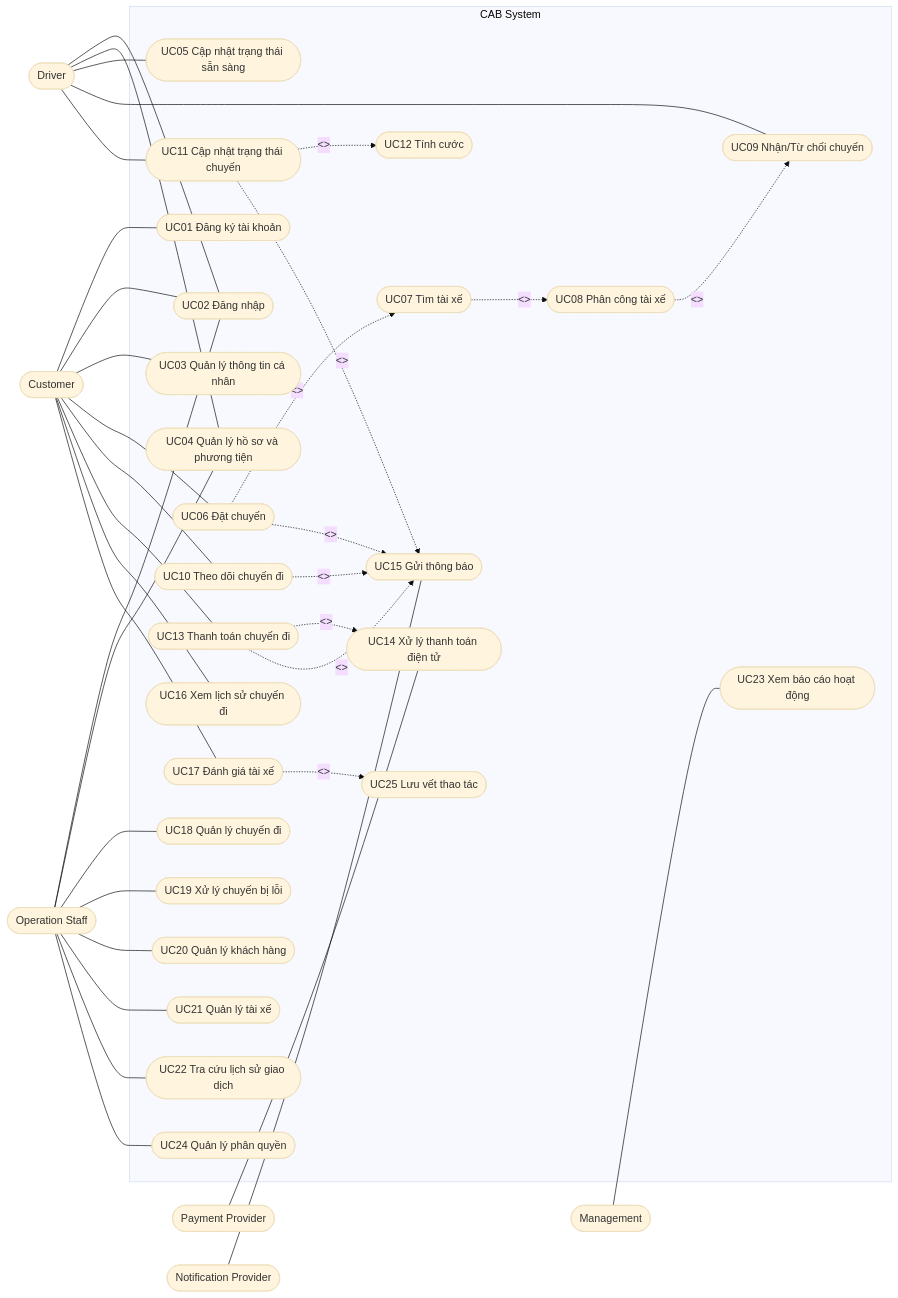
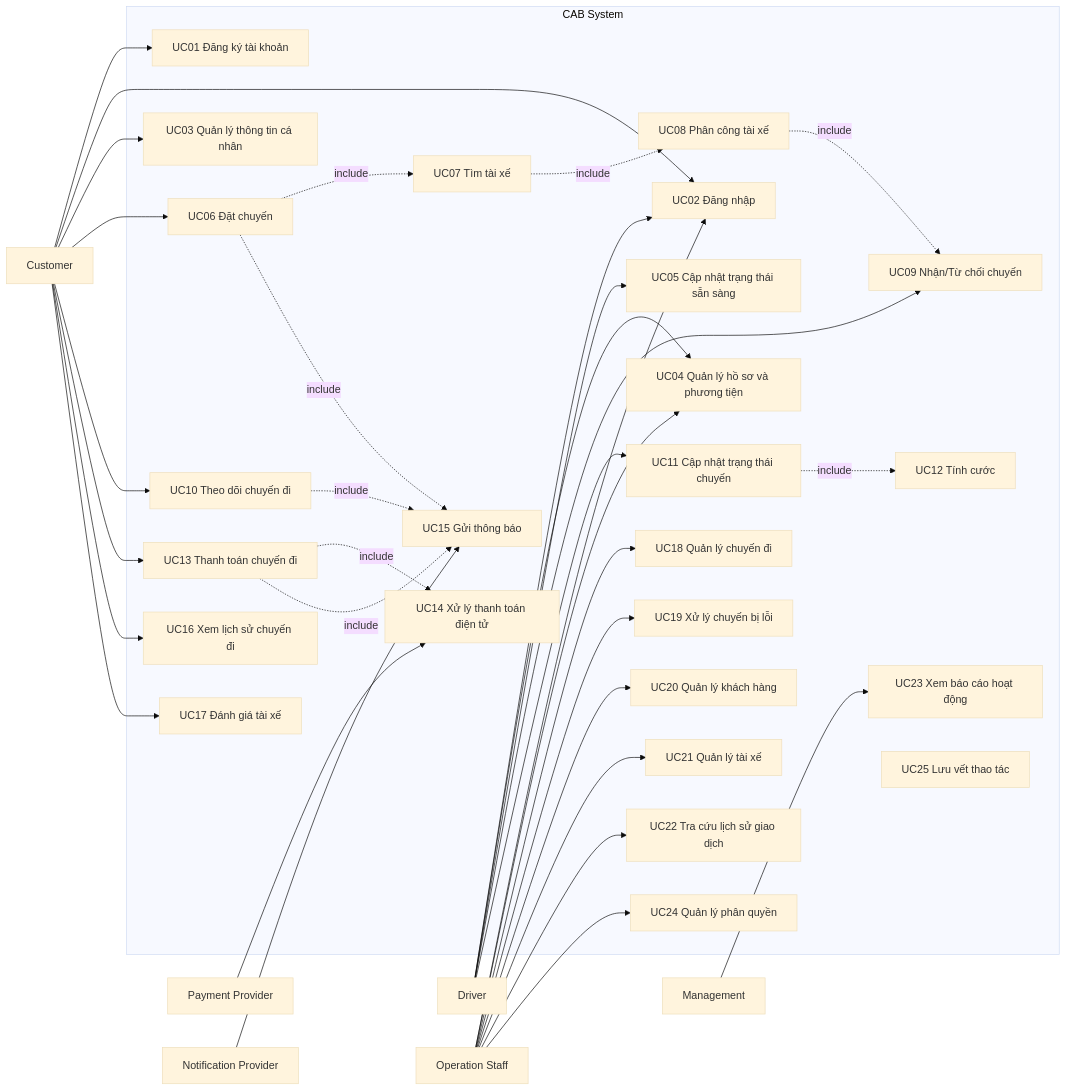
The fourth of 4 diagrams in SRS.md (kanztran2605/23646731_TranQuocKhang_Cabsystem), drawn with Mermaid (base theme) before and after one commit. The commit also changed other lines of this file, not shown here.

````diff
--- a/SRS.md
+++ b/SRS.md
@@ -933,85 +933,83 @@
 ```mermaid
 flowchart LR
 
-    Customer(["Customer"])
-    Driver(["Driver"])
-    Staff(["Operation Staff"])
-    Management(["Management"])
-    Payment(["Payment Provider"])
-    Notification(["Notification Provider"])
+    Customer["Customer"]
+    Driver["Driver"]
+    Staff["Operation Staff"]
+    Management["Management"]
+    Payment["Payment Provider"]
+    Notification["Notification Provider"]
 
     subgraph CAB["CAB System"]
 
-        UC01(["UC01 Đăng ký tài khoản"])
-        UC02(["UC02 Đăng nhập"])
-        UC03(["UC03 Quản lý thông tin cá nhân"])
-        UC04(["UC04 Quản lý hồ sơ và phương tiện"])
-        UC05(["UC05 Cập nhật trạng thái sẵn sàng"])
+        UC01["UC01 Đăng ký tài khoản"]
+        UC02["UC02 Đăng nhập"]
+        UC03["UC03 Quản lý thông tin cá nhân"]
+        UC04["UC04 Quản lý hồ sơ và phương tiện"]
+        UC05["UC05 Cập nhật trạng thái sẵn sàng"]
 
-        UC06(["UC06 Đặt chuyến"])
-        UC07(["UC07 Tìm tài xế"])
-        UC08(["UC08 Phân công tài xế"])
-        UC09(["UC09 Nhận/Từ chối chuyến"])
+        UC06["UC06 Đặt chuyến"]
+        UC07["UC07 Tìm tài xế"]
+        UC08["UC08 Phân công tài xế"]
+        UC09["UC09 Nhận/Từ chối chuyến"]
 
-        UC10(["UC10 Theo dõi chuyến đi"])
-        UC11(["UC11 Cập nhật trạng thái chuyến"])
+        UC10["UC10 Theo dõi chuyến đi"]
+        UC11["UC11 Cập nhật trạng thái chuyến"]
 
-        UC12(["UC12 Tính cước"])
-        UC13(["UC13 Thanh toán chuyến đi"])
-        UC14(["UC14 Xử lý thanh toán điện tử"])
+        UC12["UC12 Tính cước"]
+        UC13["UC13 Thanh toán chuyến đi"]
+        UC14["UC14 Xử lý thanh toán điện tử"]
 
-        UC15(["UC15 Gửi thông báo"])
-        UC16(["UC16 Xem lịch sử chuyến đi"])
-        UC17(["UC17 Đánh giá tài xế"])
+        UC15["UC15 Gửi thông báo"]
+        UC16["UC16 Xem lịch sử chuyến đi"]
+        UC17["UC17 Đánh giá tài xế"]
 
-        UC18(["UC18 Quản lý chuyến đi"])
-        UC19(["UC19 Xử lý chuyến bị lỗi"])
-        UC20(["UC20 Quản lý khách hàng"])
-        UC21(["UC21 Quản lý tài xế"])
-        UC22(["UC22 Tra cứu lịch sử giao dịch"])
+        UC18["UC18 Quản lý chuyến đi"]
+        UC19["UC19 Xử lý chuyến bị lỗi"]
+        UC20["UC20 Quản lý khách hàng"]
+        UC21["UC21 Quản lý tài xế"]
+        UC22["UC22 Tra cứu lịch sử giao dịch"]
 
-        UC23(["UC23 Xem báo cáo hoạt động"])
-        UC24(["UC24 Quản lý phân quyền"])
-        UC25(["UC25 Lưu vết thao tác"])
+        UC23["UC23 Xem báo cáo hoạt động"]
+        UC24["UC24 Quản lý phân quyền"]
+        UC25["UC25 Lưu vết thao tác"]
     end
 
-    Customer --- UC01
-    Customer --- UC02
-    Customer --- UC03
-    Customer --- UC06
-    Customer --- UC10
-    Customer --- UC13
-    Customer --- UC16
-    Customer --- UC17
+    Customer --> UC01
+    Customer --> UC02
+    Customer --> UC03
+    Customer --> UC06
+    Customer --> UC10
+    Customer --> UC13
+    Customer --> UC16
+    Customer --> UC17
 
-    Driver --- UC02
-    Driver --- UC04
-    Driver --- UC05
-    Driver --- UC09
-    Driver --- UC11
+    Driver --> UC02
+    Driver --> UC04
+    Driver --> UC05
+    Driver --> UC09
+    Driver --> UC11
 
-    Staff --- UC02
-    Staff --- UC04
-    Staff --- UC18
-    Staff --- UC19
-    Staff --- UC20
-    Staff --- UC21
-    Staff --- UC22
-    Staff --- UC24
+    Staff --> UC02
+    Staff --> UC04
+    Staff --> UC18
+    Staff --> UC19
+    Staff --> UC20
+    Staff --> UC21
+    Staff --> UC22
+    Staff --> UC24
 
-    Management --- UC23
+    Management --> UC23
 
-    Payment --- UC14
-    Notification --- UC15
+    Payment --> UC14
+    Notification --> UC15
 
-    UC06 -.->|<<include>>| UC07
-    UC07 -.->|<<include>>| UC08
-    UC08 -.->|<<include>>| UC09
-    UC11 -.->|<<include>>| UC12
-    UC13 -.->|<<include>>| UC14
-    UC06 -.->|<<include>>| UC15
-    UC13 -.->|<<include>>| UC15
-    UC10 -.->|<<include>>| UC15
-    UC11 -.->|<<include>>| UC15
-    UC17 -.->|<<include>>| UC25
+    UC06 -.->|include| UC07
+    UC07 -.->|include| UC08
+    UC08 -.->|include| UC09
+    UC11 -.->|include| UC12
+    UC13 -.->|include| UC14
+    UC13 -.->|include| UC15
+    UC06 -.->|include| UC15
+    UC10 -.->|include| UC15
 ```
````
